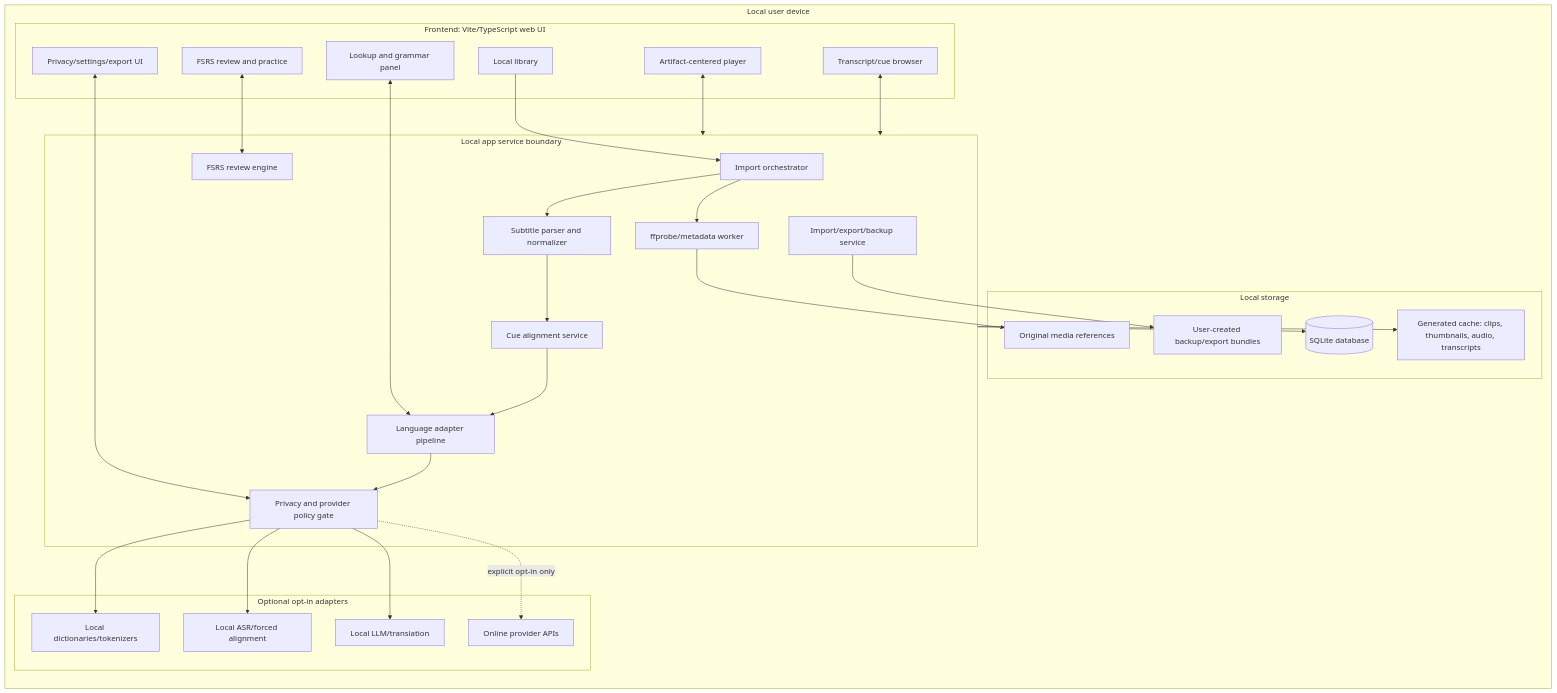
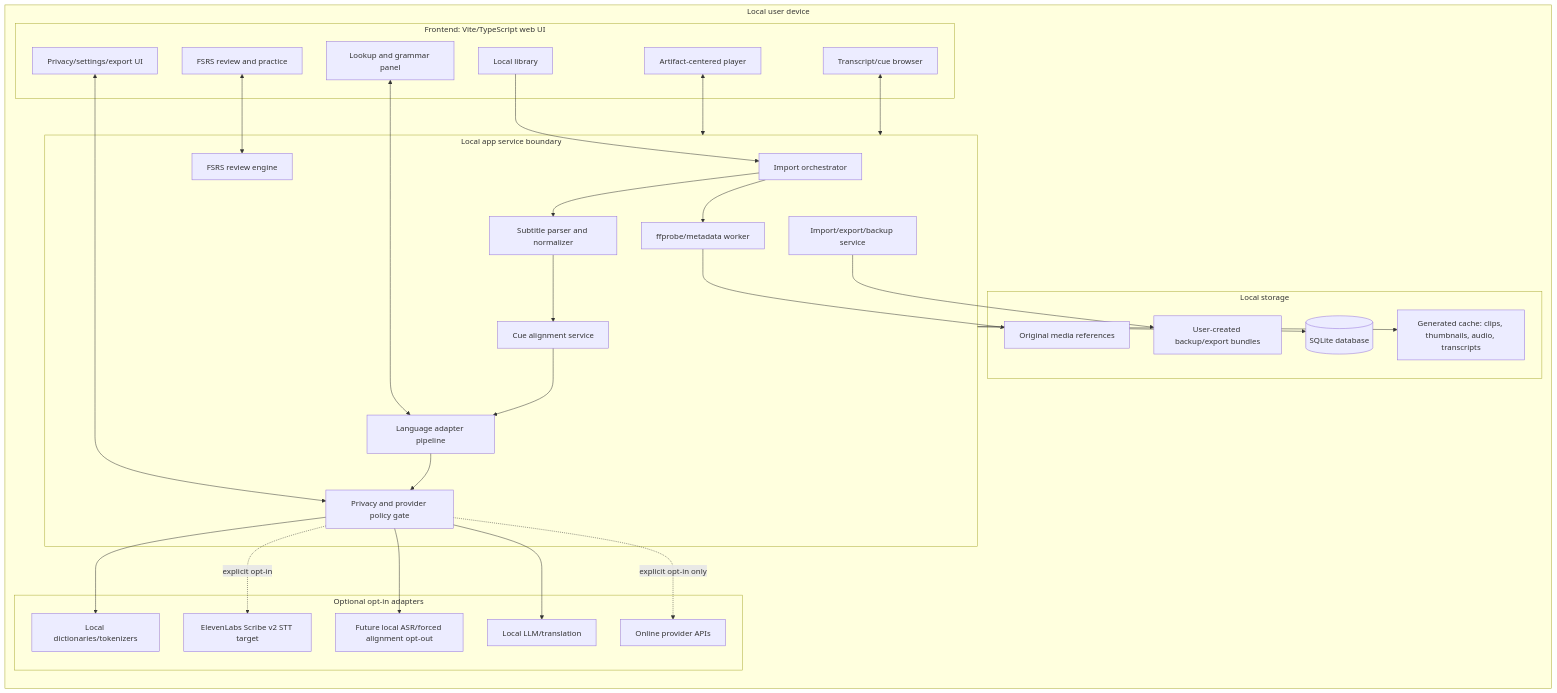
One commit to rzyns/lingotorte changed the first of 2 diagrams in docs/architecture/local-first-architecture.md. Above: the diagram before and after it, drawn with Mermaid. The commit also changed 20 other files, not shown here.

Commit message:
docs: codify ElevenLabs-first transcript plan

````diff
--- a/docs/architecture/local-first-architecture.md
+++ b/docs/architecture/local-first-architecture.md
@@ -25,59 +25,61 @@
 ```mermaid
 flowchart LR
   subgraph LocalUserDevice[Local user device]
     subgraph UI[Frontend: Vite/TypeScript web UI]
       Library[Local library]
       Player[Artifact-centered player]
       Transcript[Transcript/cue browser]
       Lookup[Lookup and grammar panel]
       Review[FSRS review and practice]
       Settings[Privacy/settings/export UI]
     end
 
     subgraph LocalService[Local app service boundary]
       Importer[Import orchestrator]
       MediaProbe[ffprobe/metadata worker]
       SubtitleParser[Subtitle parser and normalizer]
       Alignment[Cue alignment service]
       LanguagePipeline[Language adapter pipeline]
       ReviewEngine[FSRS review engine]
       Exporter[Import/export/backup service]
       Policy[Privacy and provider policy gate]
     end
 
     subgraph Storage[Local storage]
       SQLite[(SQLite database)]
       MediaRefs[Original media references]
       Cache[Generated cache: clips, thumbnails, audio, transcripts]
       Backups[User-created backup/export bundles]
     end
 
     subgraph OptionalProviders[Optional opt-in adapters]
       LocalDict[Local dictionaries/tokenizers]
-      LocalASR[Local ASR/forced alignment]
+      OnlineSTT[ElevenLabs Scribe v2 STT target]
+      LocalASR[Future local ASR/forced alignment opt-out]
       LocalLLM[Local LLM/translation]
       OnlineAPI[Online provider APIs]
     end
   end
 
   Library --> Importer
   Player <--> LocalService
   Transcript <--> LocalService
   Lookup <--> LanguagePipeline
   Review <--> ReviewEngine
   Settings <--> Policy
 
   Importer --> MediaProbe
   Importer --> SubtitleParser
   SubtitleParser --> Alignment
   Alignment --> LanguagePipeline
   LocalService --> SQLite
   LocalService --> Cache
   MediaProbe --> MediaRefs
   Exporter --> Backups
   LanguagePipeline --> Policy
   Policy --> LocalDict
+  Policy -. explicit opt-in .-> OnlineSTT
   Policy --> LocalASR
   Policy --> LocalLLM
   Policy -. explicit opt-in only .-> OnlineAPI
 ```
````
